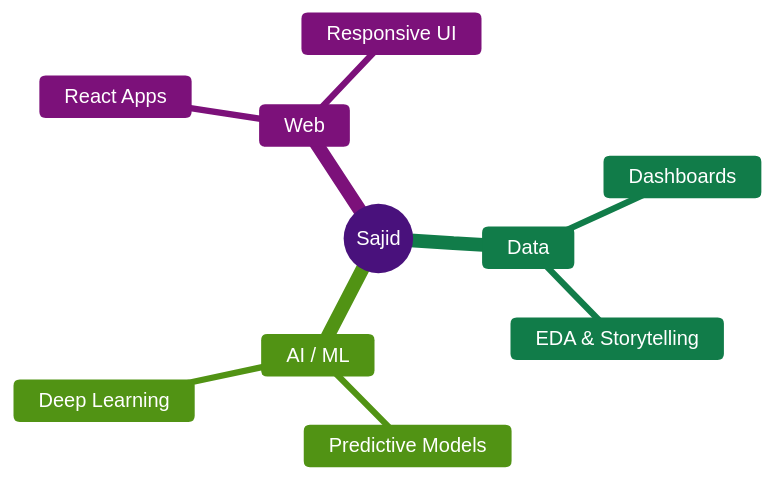
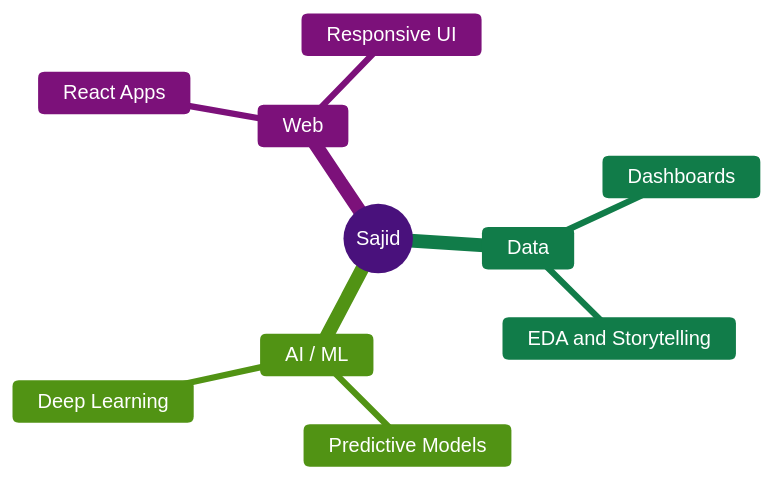
Before and after one commit to Sajidnihal52/Sajidnihal52: the fourth of 4 diagrams in README.md, drawn with Mermaid. The commit also changed other lines of this file, not shown here.

````diff
--- a/README.md
+++ b/README.md
@@ -213,14 +240,14 @@
 ```mermaid
 %%{init: {'theme':'base','themeVariables':{'primaryColor':'#8A2BE2','primaryTextColor':'#ffffff','lineColor':'#8A2BE2'}}}%%
 mindmap
   root((Sajid))
     Data
       Dashboards
-      EDA & Storytelling
+      EDA and Storytelling
     AI / ML
       Predictive Models
       Deep Learning
     Web
       React Apps
       Responsive UI
 ```
````
